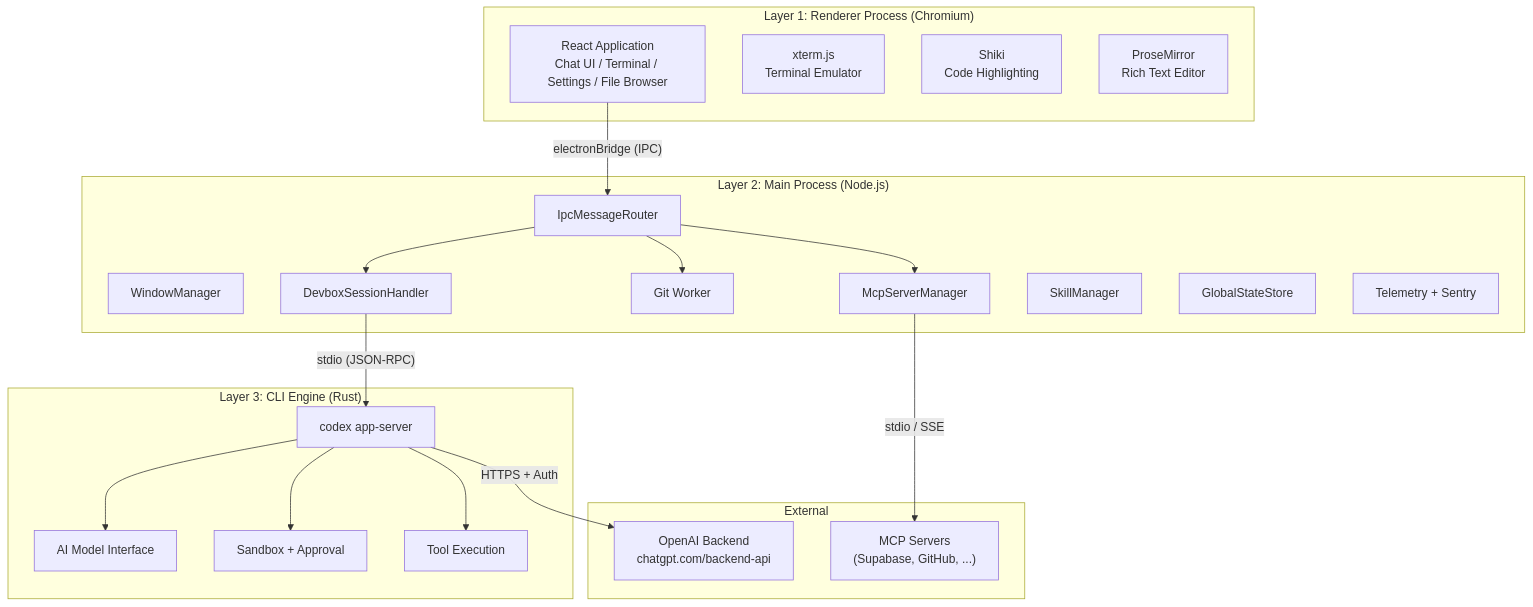
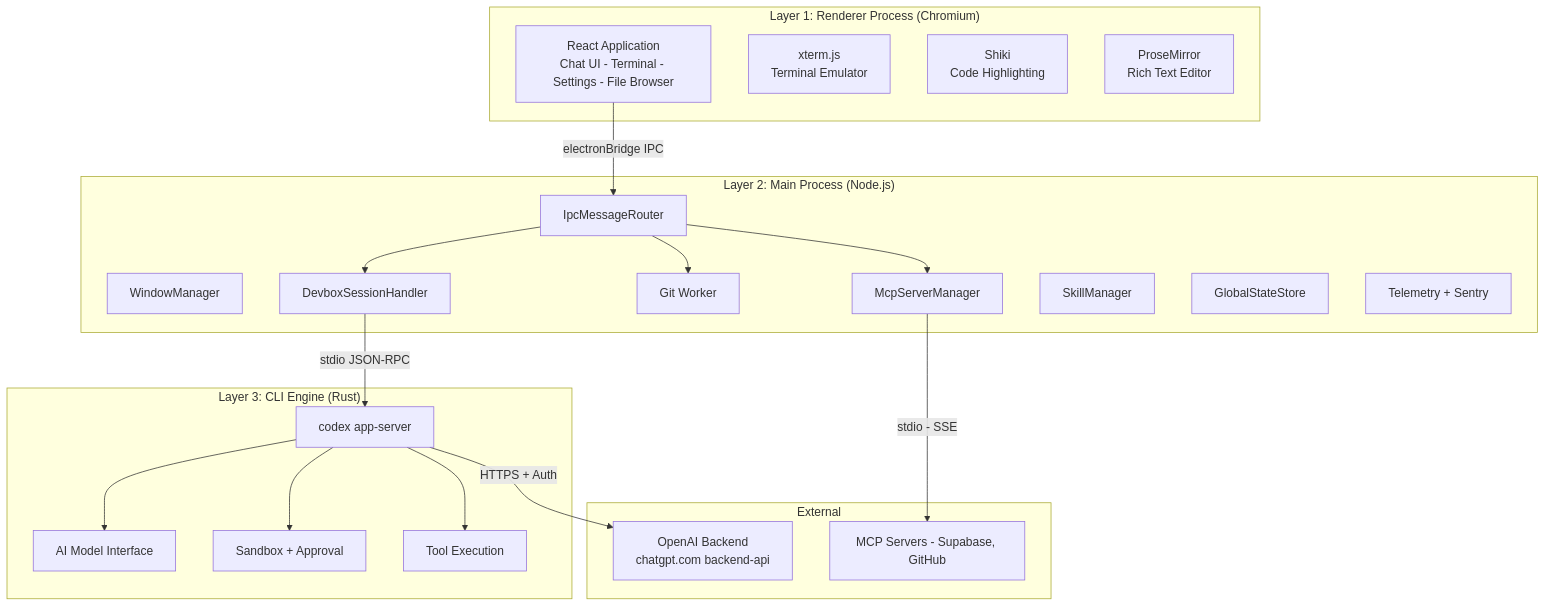
Before and after one commit to ChrisFeldmeier/codex-research: the first of 4 diagrams in 01-architecture-overview.md, drawn with Mermaid. The commit also changed 10 other files, not shown here.

Commit message:
Refactor mermaid diagrams for improved clarity and consistency in label descriptions across various documentation files

````diff
--- a/01-architecture-overview.md
+++ b/01-architecture-overview.md
@@ -11,43 +11,43 @@
 ```mermaid
 flowchart TB
     subgraph "Layer 1: Renderer Process (Chromium)"
-        UI["React Application<br/>Chat UI / Terminal / Settings / File Browser"]
+        UI["React Application<br/>Chat UI - Terminal - Settings - File Browser"]
         XTERM["xterm.js<br/>Terminal Emulator"]
         SHIKI["Shiki<br/>Code Highlighting"]
         PROSE["ProseMirror<br/>Rich Text Editor"]
     end
 
     subgraph "Layer 2: Main Process (Node.js)"
         WM["WindowManager"]
         IPC["IpcMessageRouter"]
         DSH["DevboxSessionHandler"]
         GIT["Git Worker"]
         MCP["McpServerManager"]
         SK["SkillManager"]
         STATE["GlobalStateStore"]
         TELE["Telemetry + Sentry"]
     end
 
     subgraph "Layer 3: CLI Engine (Rust)"
         CLI["codex app-server"]
         AI["AI Model Interface"]
         SANDBOX["Sandbox + Approval"]
         TOOLS["Tool Execution"]
     end
 
     subgraph "External"
-        OPENAI["OpenAI Backend<br/>chatgpt.com/backend-api"]
-        MCPEXT["MCP Servers<br/>(Supabase, GitHub, ...)"]
+        OPENAI["OpenAI Backend<br/>chatgpt.com backend-api"]
+        MCPEXT["MCP Servers - Supabase, GitHub"]
     end
 
-    UI -->|"electronBridge (IPC)"| IPC
+    UI -->|"electronBridge IPC"| IPC
     IPC --> DSH
     IPC --> GIT
     IPC --> MCP
-    DSH -->|"stdio (JSON-RPC)"| CLI
+    DSH -->|"stdio JSON-RPC"| CLI
     CLI -->|"HTTPS + Auth"| OPENAI
-    MCP -->|"stdio / SSE"| MCPEXT
+    MCP -->|"stdio - SSE"| MCPEXT
     CLI --> SANDBOX
     CLI --> TOOLS
     CLI --> AI
 ```
````
